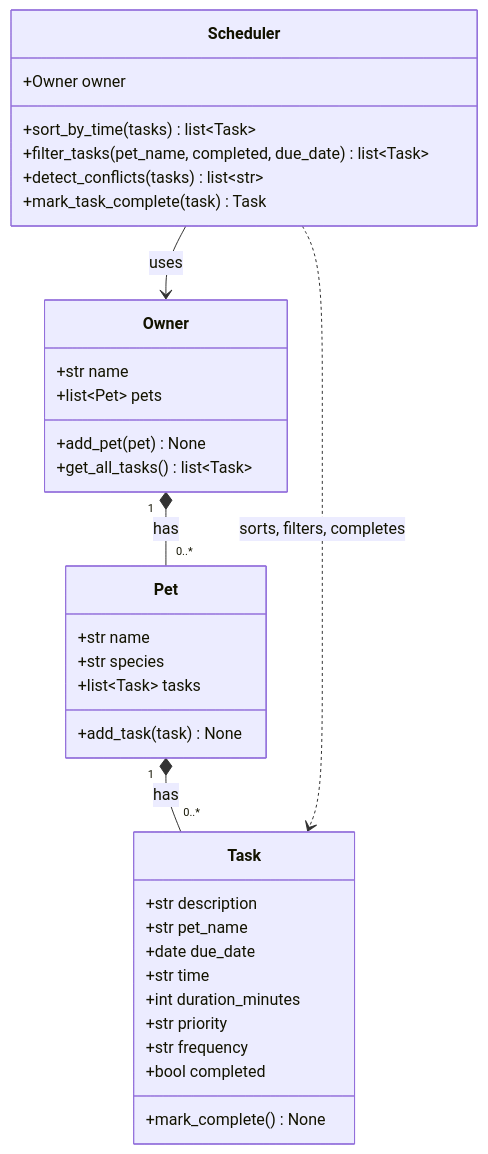
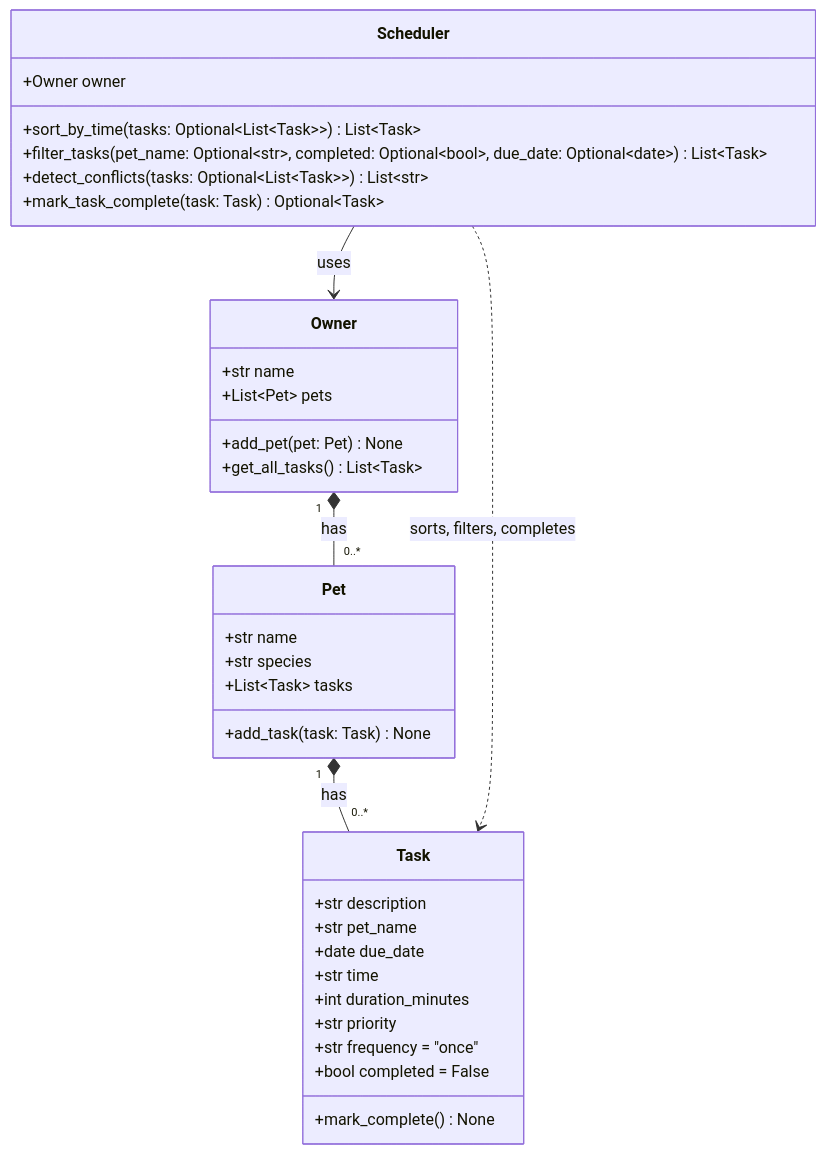
Before and after one commit to Andyoy1/ai110-module2show-pawpal-starter: the diagram in diagrams/uml.mmd, drawn with Mermaid. The commit also changed 6 other files, not shown here.

Commit message:
docs: finalize project documentation and UML

```diff
--- a/diagrams/uml.mmd
+++ b/diagrams/uml.mmd
@@ -1,39 +1,39 @@
 classDiagram
     class Task {
         +str description
         +str pet_name
         +date due_date
         +str time
         +int duration_minutes
         +str priority
-        +str frequency
-        +bool completed
+        +str frequency = "once"
+        +bool completed = False
         +mark_complete() None
     }
 
     class Pet {
         +str name
         +str species
-        +list~Task~ tasks
-        +add_task(task) None
+        +List~Task~ tasks
+        +add_task(task: Task) None
     }
 
     class Owner {
         +str name
-        +list~Pet~ pets
-        +add_pet(pet) None
-        +get_all_tasks() list~Task~
+        +List~Pet~ pets
+        +add_pet(pet: Pet) None
+        +get_all_tasks() List~Task~
     }
 
     class Scheduler {
         +Owner owner
-        +sort_by_time(tasks) list~Task~
-        +filter_tasks(pet_name, completed, due_date) list~Task~
-        +detect_conflicts(tasks) list~str~
-        +mark_task_complete(task) Task
+        +sort_by_time(tasks: Optional~List~Task~~) List~Task~
+        +filter_tasks(pet_name: Optional~str~, completed: Optional~bool~, due_date: Optional~date~) List~Task~
+        +detect_conflicts(tasks: Optional~List~Task~~) List~str~
+        +mark_task_complete(task: Task) Optional~Task~
     }
 
     Owner "1" *-- "0..*" Pet : has
     Pet "1" *-- "0..*" Task : has
     Scheduler --> Owner : uses
     Scheduler ..> Task : sorts, filters, completes
```
